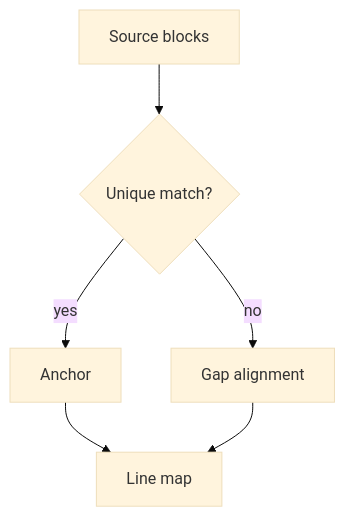
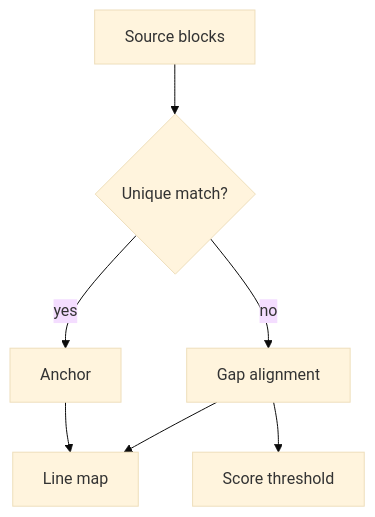
One commit to gvc/chrome-plugin-review-markdown-on-github changed the first of 2 diagrams in tests/fixtures/rfcs/rfc-004-github-extensions.md. Above: the diagram before and after it, drawn with Mermaid (base theme). The commit also changed other lines of this file and 4 other files, not shown here.

````diff
--- a/tests/fixtures/rfcs/rfc-004-github-extensions.md
+++ b/tests/fixtures/rfcs/rfc-004-github-extensions.md
@@ -132,8 +133,9 @@
 ```mermaid
 graph TD
   A[Source blocks] --> B{Unique match?}
   B -->|yes| C[Anchor]
   B -->|no| D[Gap alignment]
+  D --> F[Score threshold]
   C --> E[Line map]
   D --> E
 ```
````
